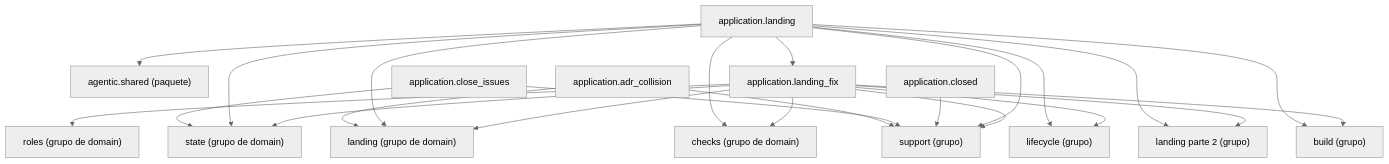
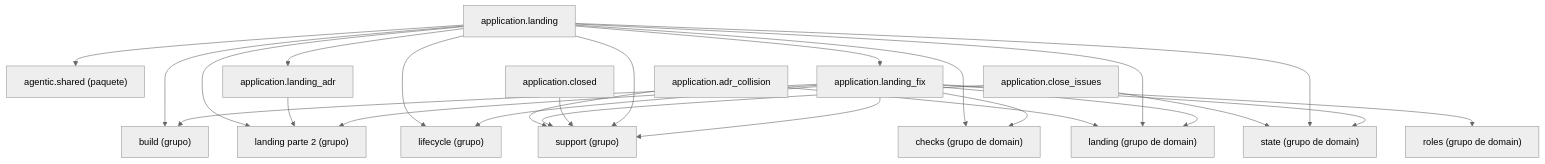
One commit to GonzaloZevallos/agentic-system changed the diagram in docs/architecture/generated/packages-process-application-landing-1.md. Above: the diagram before and after it, drawn with Mermaid (neutral theme). The commit also changed 1 other file, not shown here.

Commit message:
Place landing_adr in the landing cluster of the generated docs

````diff
--- a/docs/architecture/generated/packages-process-application-landing-1.md
+++ b/docs/architecture/generated/packages-process-application-landing-1.md
@@ -16,39 +16,42 @@
 ```mermaid
 graph TD
     g_application__build["build (grupo)"]
     g_application__landing__2["landing parte 2 (grupo)"]
     g_application__lifecycle["lifecycle (grupo)"]
     g_application__support["support (grupo)"]
     g_domain__checks["checks (grupo de domain)"]
     g_domain__landing["landing (grupo de domain)"]
     g_domain__roles["roles (grupo de domain)"]
     g_domain__state["state (grupo de domain)"]
     g_pkg__agentic__shared["agentic.shared (paquete)"]
     m_application__adr_collision["application.adr_collision"]
     m_application__close_issues["application.close_issues"]
     m_application__closed["application.closed"]
     m_application__landing["application.landing"]
+    m_application__landing_adr["application.landing_adr"]
     m_application__landing_fix["application.landing_fix"]
     m_application__adr_collision --> g_application__support
     m_application__adr_collision --> g_domain__landing
     m_application__close_issues --> g_application__support
     m_application__close_issues --> g_domain__state
     m_application__closed --> g_application__support
     m_application__landing --> g_application__build
     m_application__landing --> g_application__landing__2
     m_application__landing --> g_application__lifecycle
     m_application__landing --> g_application__support
     m_application__landing --> g_domain__checks
     m_application__landing --> g_domain__landing
     m_application__landing --> g_domain__state
     m_application__landing --> g_pkg__agentic__shared
+    m_application__landing --> m_application__landing_adr
     m_application__landing --> m_application__landing_fix
+    m_application__landing_adr --> g_application__landing__2
     m_application__landing_fix --> g_application__build
     m_application__landing_fix --> g_application__landing__2
     m_application__landing_fix --> g_application__lifecycle
     m_application__landing_fix --> g_application__support
     m_application__landing_fix --> g_domain__checks
     m_application__landing_fix --> g_domain__landing
     m_application__landing_fix --> g_domain__roles
     m_application__landing_fix --> g_domain__state
 ```
````
